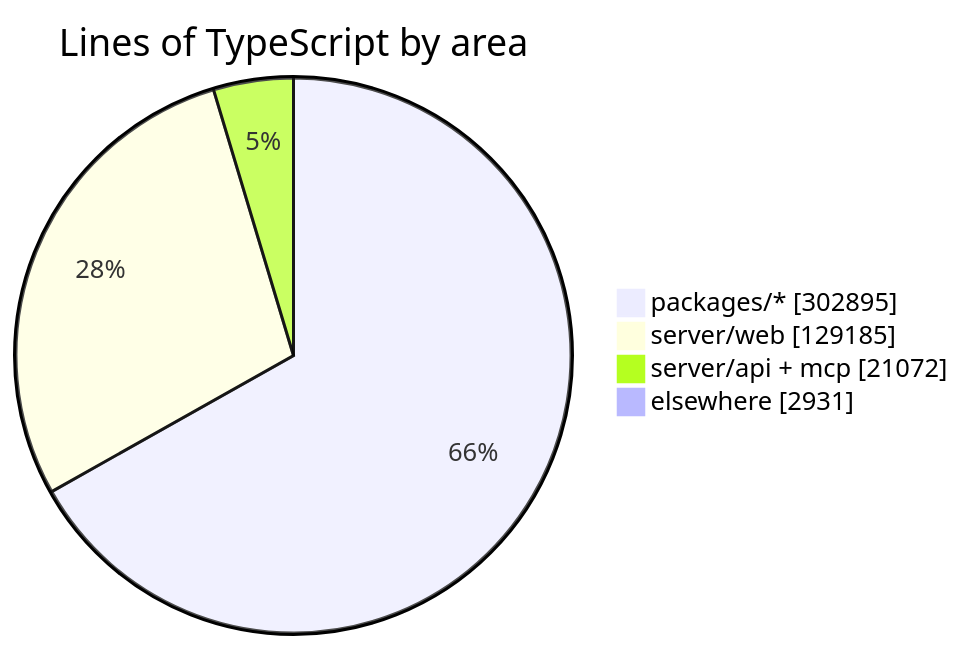
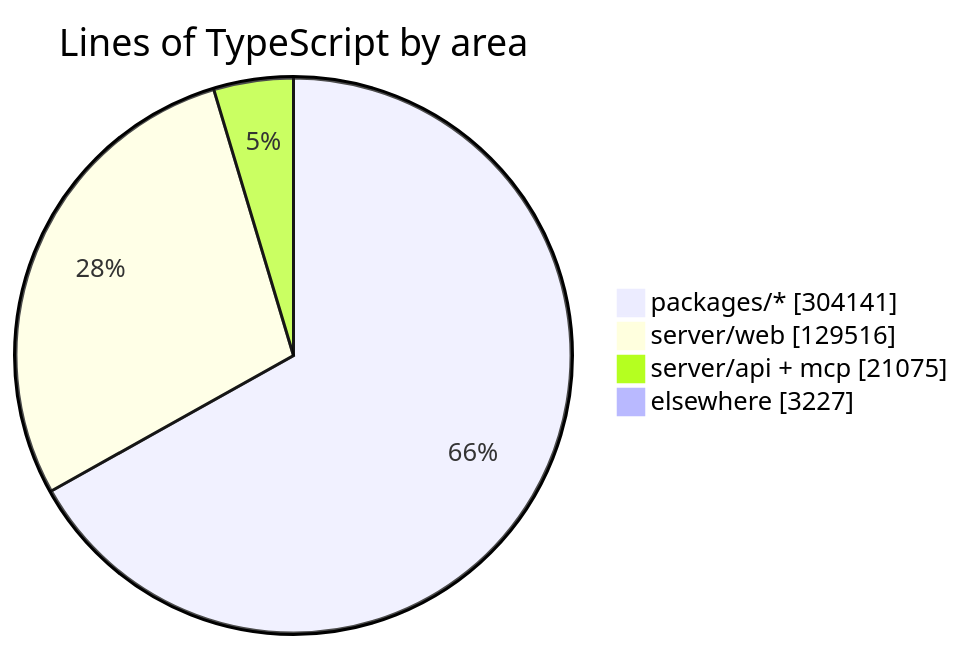
Before and after one commit to crossworks-engineering/mantle: the diagram in README.md, drawn with Mermaid. The commit also changed other lines of this file and 2 other files, not shown here.

````diff
--- a/README.md
+++ b/README.md
@@ -294,7 +294,7 @@
 ```mermaid
 pie showData title Lines of TypeScript by area
-    "packages/*" : 302895
-    "server/web" : 129185
-    "server/api + mcp" : 21072
-    "elsewhere" : 2931
+    "packages/*" : 304141
+    "server/web" : 129516
+    "server/api + mcp" : 21075
+    "elsewhere" : 3227
 ```
````
